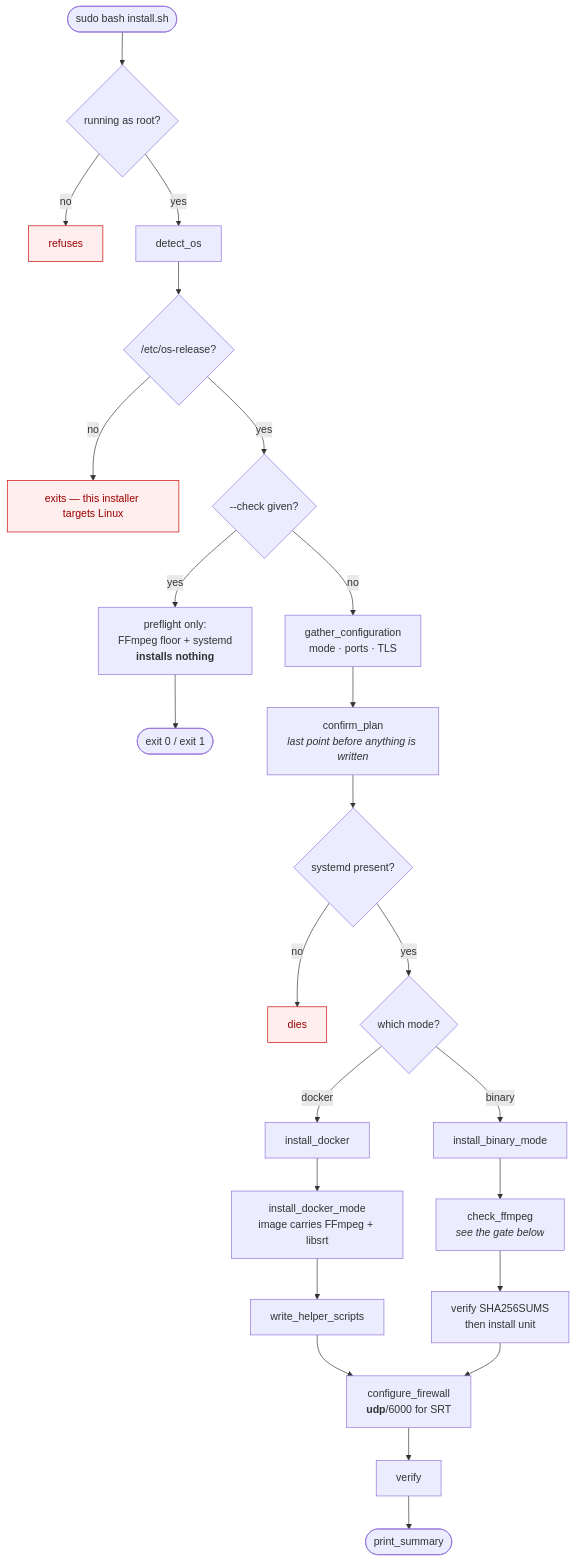
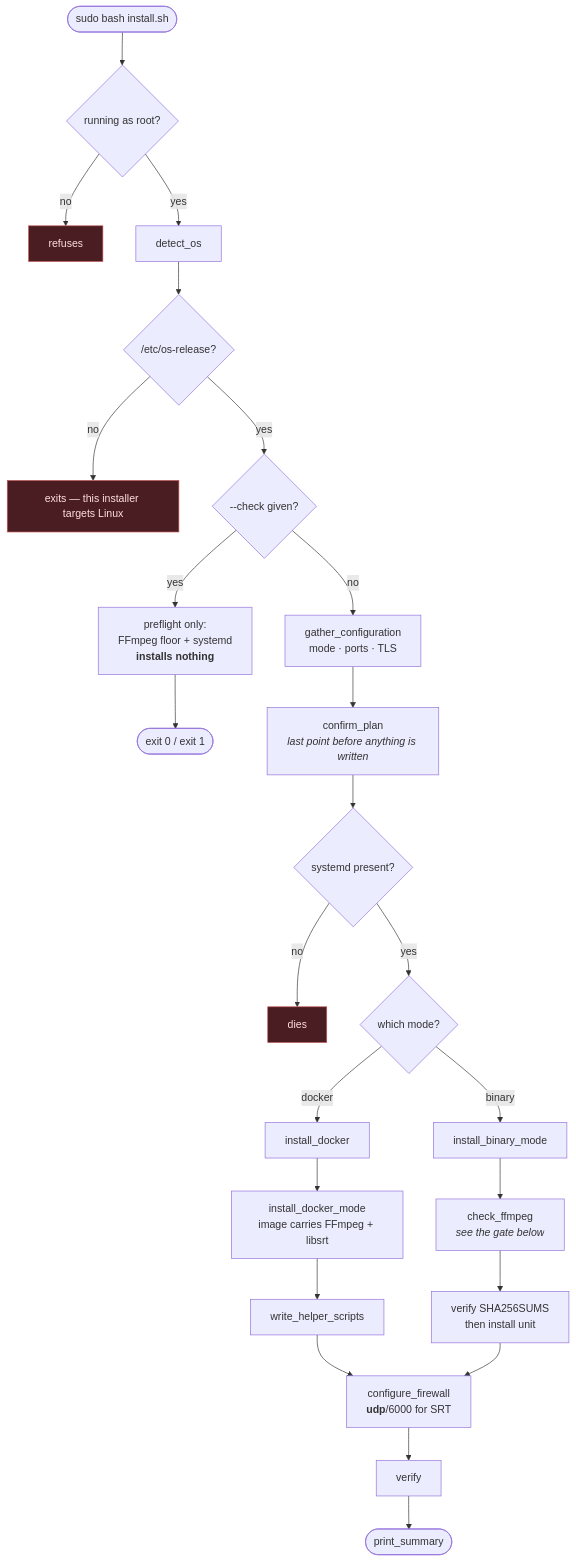
The first of 2 diagrams in docs/INSTALL.md (rainmanjam/polyemesis), drawn with Mermaid before and after one commit. The commit also changed other lines of this file and 7 other files, not shown here.

````diff
--- a/docs/INSTALL.md
+++ b/docs/INSTALL.md
@@ -48,36 +48,36 @@
 ```mermaid
 flowchart TD
     start(["sudo bash install.sh"]) --> root{"running as root?"}
     root -- no --> stopRoot["refuses"]
     root -- yes --> os["detect_os"]
     os --> linux{"/etc/os-release?"}
     linux -- no --> stopOS["exits — this installer targets Linux"]
     linux -- yes --> checkonly{"--check given?"}
 
     checkonly -- yes --> pre["preflight only:<br/>FFmpeg floor + systemd<br/><b>installs nothing</b>"]
     pre --> exitCheck(["exit 0 / exit 1"])
 
     checkonly -- no --> gather["gather_configuration<br/>mode · ports · TLS"]
     gather --> plan["confirm_plan<br/><i>last point before anything is written</i>"]
     plan --> sysd{"systemd present?"}
     sysd -- no --> stopSysd["dies"]
     sysd -- yes --> mode{"which mode?"}
 
     mode -- docker --> d1["install_docker"]
     d1 --> d2["install_docker_mode<br/>image carries FFmpeg + libsrt"]
     d2 --> d3["write_helper_scripts"]
     d3 --> fw
 
     mode -- binary --> b1["install_binary_mode"]
     b1 --> b2["check_ffmpeg<br/><i>see the gate below</i>"]
     b2 --> b3["verify SHA256SUMS<br/>then install unit"]
     b3 --> fw
 
     fw["configure_firewall<br/><b>udp</b>/6000 for SRT"] --> ver["verify"]
     ver --> done(["print_summary"])
 
     stopRoot:::halt
     stopOS:::halt
     stopSysd:::halt
-    classDef halt fill:#fee,stroke:#c00,color:#900
+    classDef halt fill:#4a1d22,stroke:#c0524f,color:#ffdfe0
 ```
````
